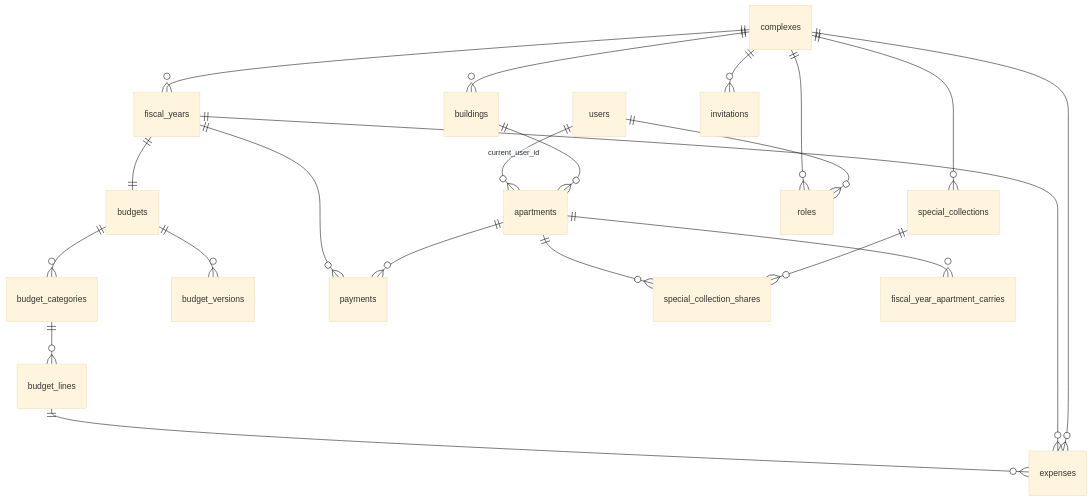
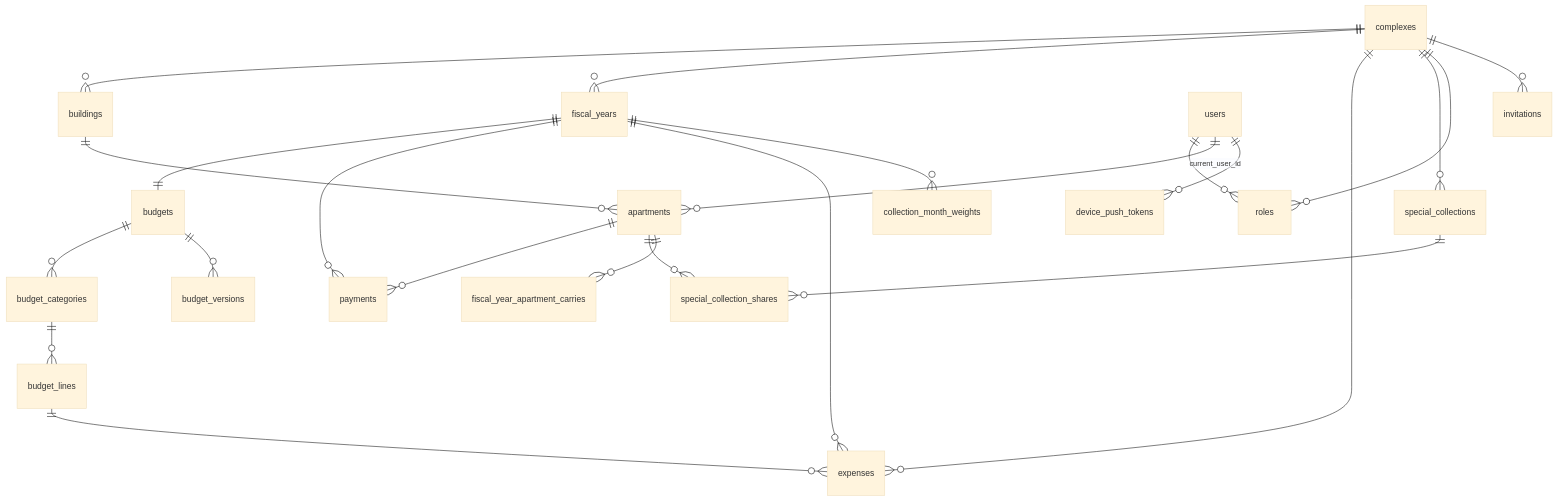
Before and after one commit to Saken-Community-Management/saken-docs: the diagram in content/database/schema.mdx, drawn with Mermaid (base theme). The commit also changed other lines of this file and 39 other files, not shown here.

````diff
--- a/content/database/schema.mdx
+++ b/content/database/schema.mdx
@@ -13,23 +17,25 @@
 ```mermaid
 erDiagram
     complexes ||--o{ buildings : ""
     buildings ||--o{ apartments : ""
     complexes ||--o{ fiscal_years : ""
     fiscal_years ||--|| budgets : ""
     budgets ||--o{ budget_categories : ""
     budget_categories ||--o{ budget_lines : ""
     budgets ||--o{ budget_versions : ""
     apartments ||--o{ payments : ""
     fiscal_years ||--o{ payments : ""
     complexes ||--o{ expenses : ""
     fiscal_years ||--o{ expenses : ""
     budget_lines ||--o{ expenses : ""
     complexes ||--o{ special_collections : ""
     special_collections ||--o{ special_collection_shares : ""
     apartments ||--o{ special_collection_shares : ""
     users ||--o{ roles : ""
     complexes ||--o{ roles : ""
     complexes ||--o{ invitations : ""
     apartments ||--o{ fiscal_year_apartment_carries : ""
     users ||--o{ apartments : "current_user_id"
+    fiscal_years ||--o{ collection_month_weights : ""
+    users ||--o{ device_push_tokens : ""
 ```
````
